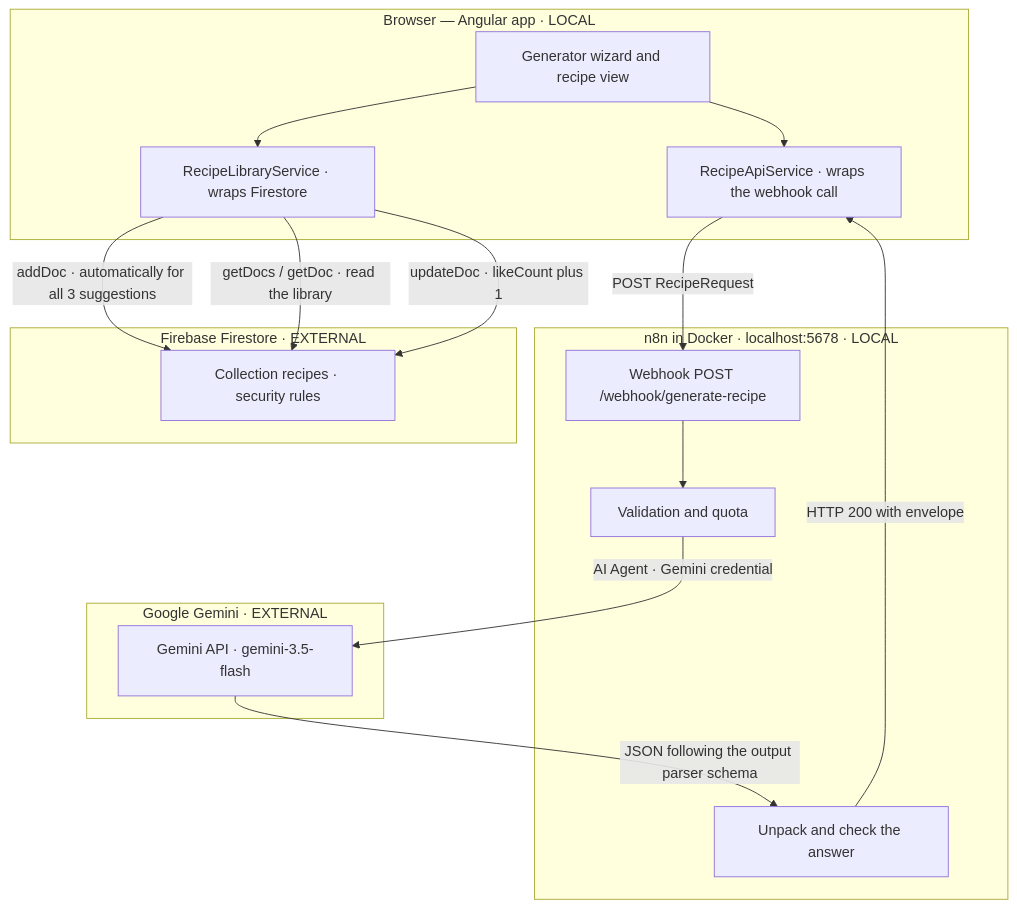
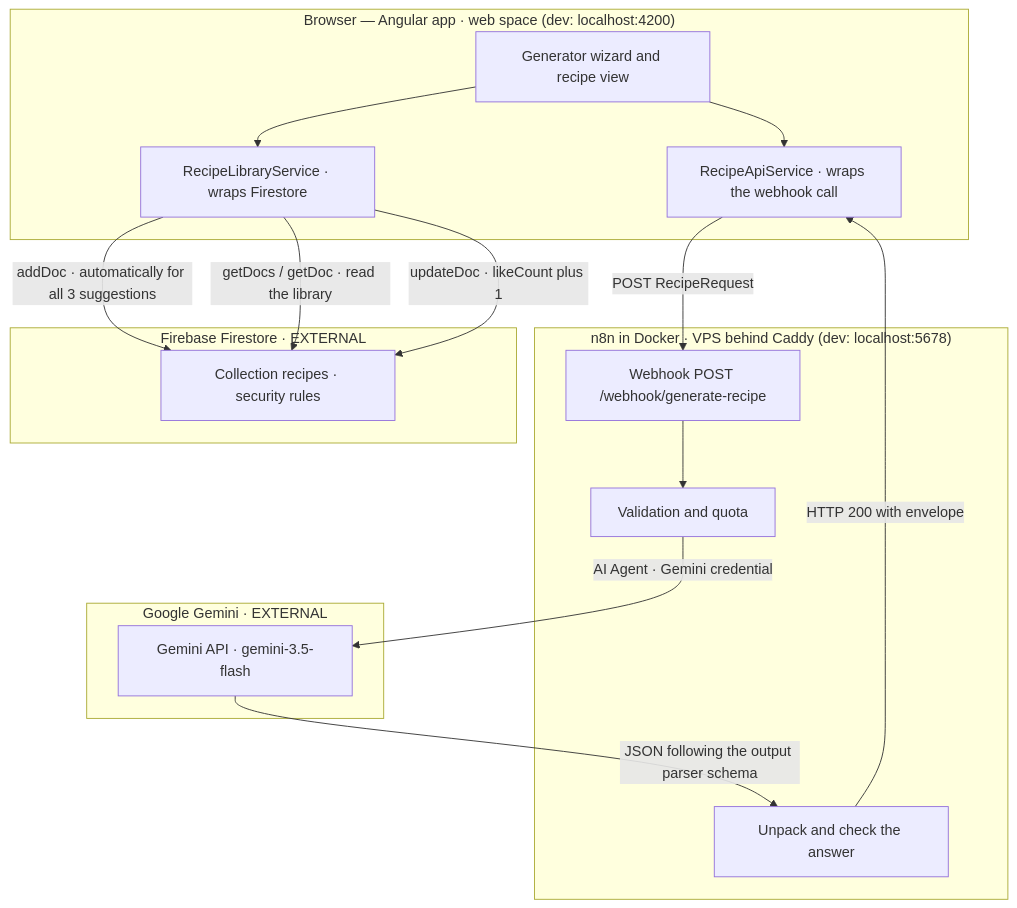
Before and after one commit to ttoebbe/code-a-cuisine: the diagram in docs/architecture.md, drawn with Mermaid. The commit also changed other lines of this file and 6 other files, not shown here.

````diff
--- a/docs/architecture.md
+++ b/docs/architecture.md
@@ -7,35 +7,35 @@
 ```mermaid
 flowchart TB
-  subgraph browser["Browser — Angular app · LOCAL"]
+  subgraph browser["Browser — Angular app · web space (dev: localhost:4200)"]
     ui["Generator wizard and recipe view"]
     apiSvc["RecipeApiService · wraps the webhook call"]
     libSvc["RecipeLibraryService · wraps Firestore"]
   end
 
-  subgraph n8nbox["n8n in Docker · localhost:5678 · LOCAL"]
+  subgraph n8nbox["n8n in Docker · VPS behind Caddy (dev: localhost:5678)"]
     hook["Webhook POST /webhook/generate-recipe"]
     guard["Validation and quota"]
     mapai["Unpack and check the answer"]
   end
 
   subgraph google["Google Gemini · EXTERNAL"]
     gemini["Gemini API · gemini-3.5-flash"]
   end
 
   subgraph firebase["Firebase Firestore · EXTERNAL"]
     store["Collection recipes · security rules"]
   end
 
   ui --> apiSvc
   ui --> libSvc
 
   apiSvc -- "POST RecipeRequest" --> hook
   hook --> guard
   guard -- "AI Agent · Gemini credential" --> gemini
   gemini -- "JSON following the output parser schema" --> mapai
   mapai -- "HTTP 200 with envelope" --> apiSvc
 
   libSvc -- "addDoc · automatically for all 3 suggestions" --> store
   libSvc -- "getDocs / getDoc · read the library" --> store
   libSvc -- "updateDoc · likeCount plus 1" --> store
 ```
````
